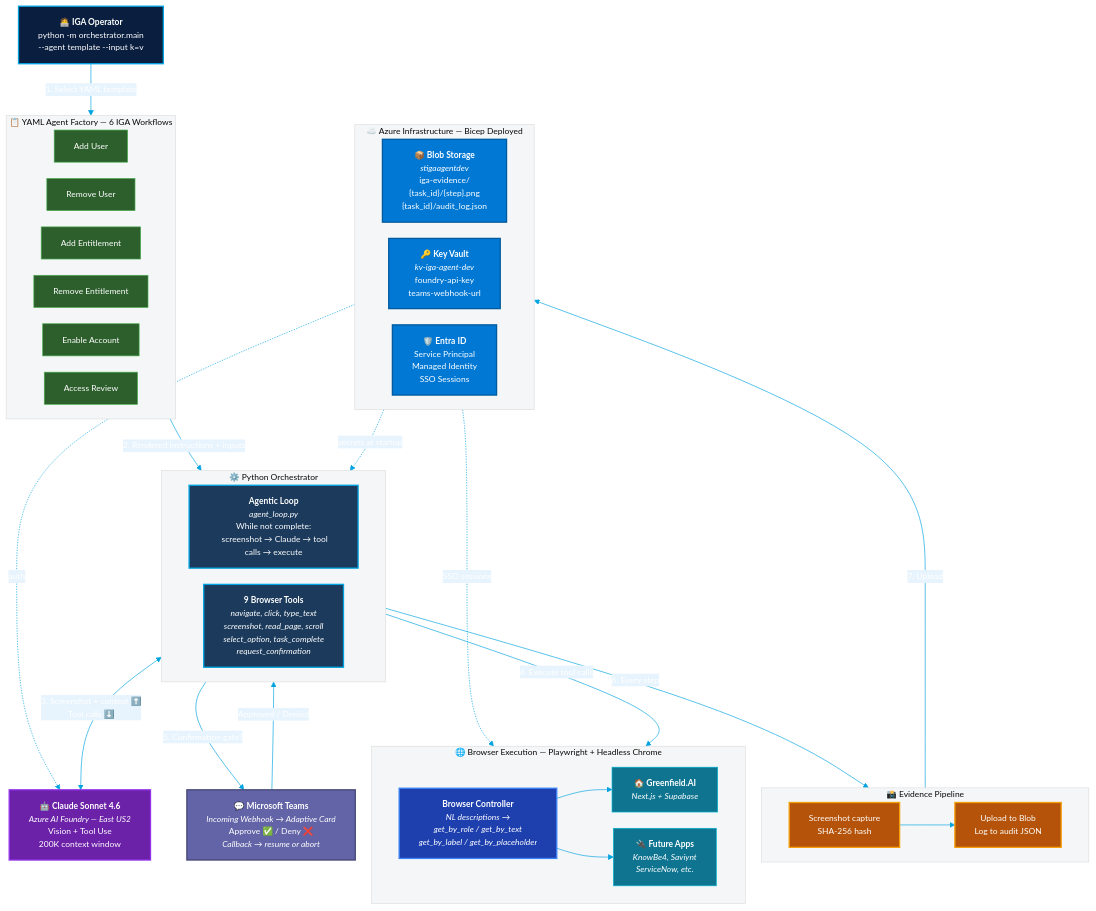
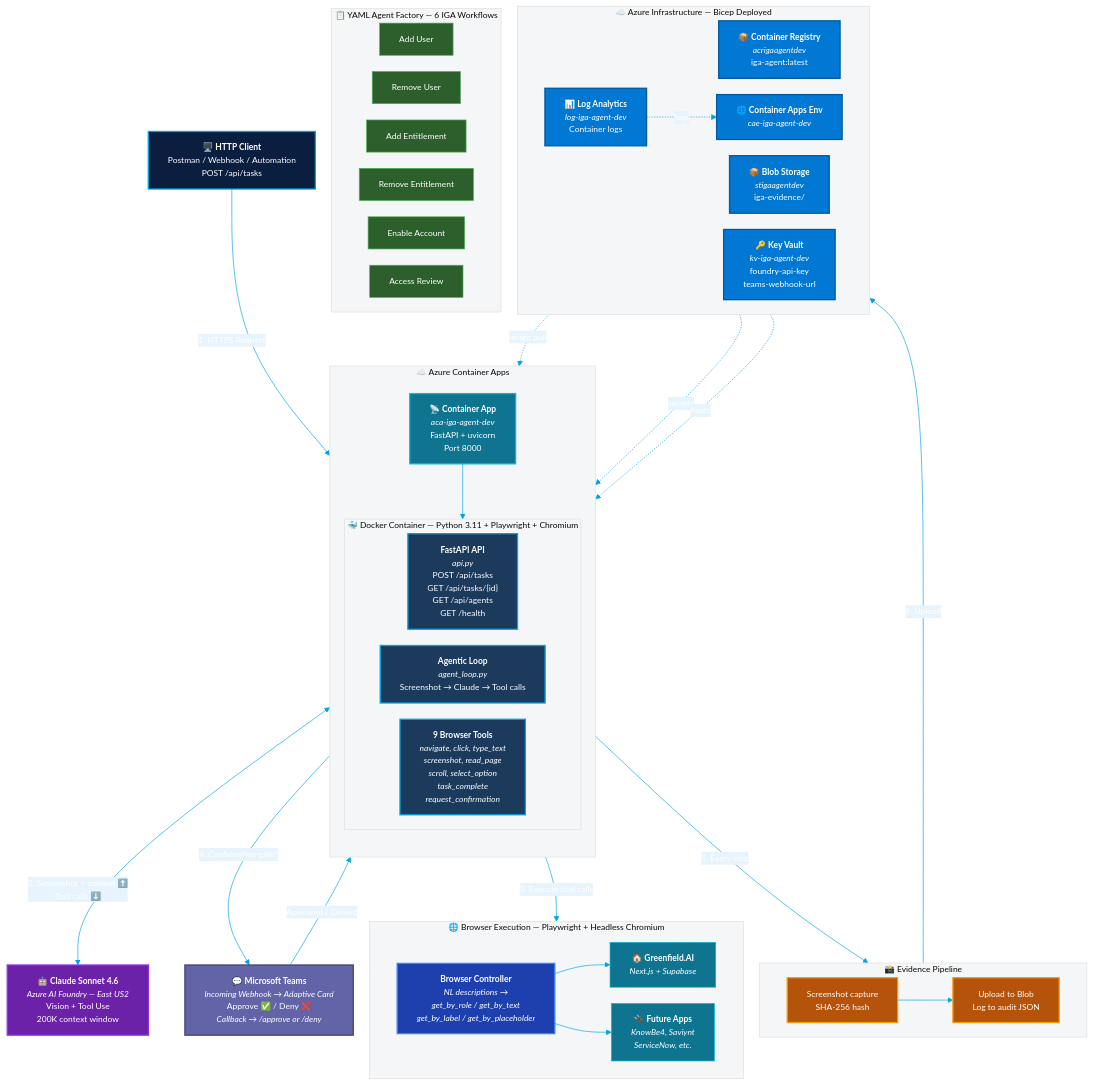
Before and after one commit to dcallahan/POC-IAC-AGENTAI: the diagram in docs/architecture.mmd, drawn with Mermaid. The commit also changed 4 other files, not shown here.

Commit message:
feat: add deploy scripts, update README and architecture diagram

```diff
--- a/docs/architecture.mmd
+++ b/docs/architecture.mmd
@@ -1,83 +1,94 @@
 %%{init: {'theme': 'base', 'themeVariables': { 'primaryColor': '#0A1F3F', 'primaryTextColor': '#FFFFFF', 'primaryBorderColor': '#00A3E0', 'lineColor': '#00A3E0', 'secondaryColor': '#E8F4FD', 'tertiaryColor': '#F4F6F8', 'fontFamily': 'Segoe UI, sans-serif', 'fontSize': '13px' }, 'flowchart': { 'nodeSpacing': 25, 'rankSpacing': 60, 'curve': 'basis', 'padding': 15 }}}%%
 
 flowchart TB
-    CLI["🧑‍💻 <b>IGA Operator</b><br/>python -m orchestrator.main<br/>--agent template --input k=v"]
+    CLIENT["🖥️ <b>HTTP Client</b><br/>Postman / Webhook / Automation<br/>POST /api/tasks"]
 
-    CLI -->|"1. Select YAML template"| TEMPLATES
+    CLIENT -->|"1. HTTPS Request"| ACA
+
+    subgraph AZURE_COMPUTE["☁️ Azure Container Apps"]
+        direction TB
+        ACA["📡 <b>Container App</b><br/><i>aca-iga-agent-dev</i><br/>FastAPI + uvicorn<br/>Port 8000"]
+
+        ACA --> API
+
+        subgraph CONTAINER["🐳 Docker Container — Python 3.11 + Playwright + Chromium"]
+            direction LR
+            API["<b>FastAPI API</b><br/><i>api.py</i><br/>POST /api/tasks<br/>GET /api/tasks/{id}<br/>GET /api/agents<br/>GET /health"]
+
+            LOOP["<b>Agentic Loop</b><br/><i>agent_loop.py</i><br/>Screenshot → Claude → Tool calls"]
+            TOOLS["<b>9 Browser Tools</b><br/><i>navigate, click, type_text</i><br/><i>screenshot, read_page</i><br/><i>scroll, select_option</i><br/><i>task_complete</i><br/><i>request_confirmation</i>"]
+        end
+    end
 
     subgraph TEMPLATES["📋 YAML Agent Factory — 6 IGA Workflows"]
         direction LR
         T1["Add User"]
         T2["Remove User"]
         T3["Add Entitlement"]
         T4["Remove Entitlement"]
         T5["Enable Account"]
         T6["Access Review"]
     end
 
-    TEMPLATES -->|"2. Rendered instructions + inputs"| LOOP
-
-    subgraph CORE["⚙️ Python Orchestrator"]
-        direction LR
-        LOOP["<b>Agentic Loop</b><br/><i>agent_loop.py</i><br/>While not complete:<br/>  screenshot → Claude → tool calls → execute"]
-        TOOLS["<b>9 Browser Tools</b><br/><i>navigate, click, type_text</i><br/><i>screenshot, read_page, scroll</i><br/><i>select_option, task_complete</i><br/><i>request_confirmation</i>"]
-    end
-
-    LOOP <-->|"3. Screenshot + context ⬆️<br/>Tool calls ⬇️"| CLAUDE
+    LOOP <-->|"2. Screenshot + context ⬆️<br/>Tool calls ⬇️"| CLAUDE
 
     CLAUDE["🤖 <b>Claude Sonnet 4.6</b><br/><i>Azure AI Foundry — East US2</i><br/>Vision + Tool Use<br/>200K context window"]
 
-    LOOP -->|"4. Execute tool calls"| BROWSER
+    LOOP -->|"3. Execute tool calls"| BROWSER
 
-    subgraph BROWSER["🌐 Browser Execution — Playwright + Headless Chrome"]
+    subgraph BROWSER["🌐 Browser Execution — Playwright + Headless Chromium"]
         direction LR
         CTRL["<b>Browser Controller</b><br/><i>NL descriptions →</i><br/><i>get_by_role / get_by_text</i><br/><i>get_by_label / get_by_placeholder</i>"]
         CTRL --> GF["🏠 <b>Greenfield.AI</b><br/><i>Next.js + Supabase</i>"]
         CTRL --> FUTURE["🔌 <b>Future Apps</b><br/><i>KnowBe4, Saviynt</i><br/><i>ServiceNow, etc.</i>"]
     end
 
-    LOOP -->|"5. Confirmation gate?"| TEAMS
-    TEAMS["💬 <b>Microsoft Teams</b><br/><i>Incoming Webhook → Adaptive Card</i><br/>Approve ✅ / Deny ❌<br/><i>Callback → resume or abort</i>"]
-    TEAMS -->|"Approved / Denied"| LOOP
+    LOOP -->|"4. Confirmation gate?"| TEAMS
+    TEAMS["💬 <b>Microsoft Teams</b><br/><i>Incoming Webhook → Adaptive Card</i><br/>Approve ✅ / Deny ❌<br/><i>Callback → /approve or /deny</i>"]
+    TEAMS -->|"Approved / Denied"| ACA
 
-    LOOP -->|"6. Every step"| EVIDENCE
+    LOOP -->|"5. Every step"| EVIDENCE
 
     subgraph EVIDENCE["📸 Evidence Pipeline"]
         direction LR
         CAPTURE["Screenshot capture<br/>SHA-256 hash"]
         CAPTURE --> UPLOAD["Upload to Blob<br/>Log to audit JSON"]
     end
 
-    EVIDENCE -->|"7. Upload"| BLOB
-
     subgraph INFRA["☁️ Azure Infrastructure — Bicep Deployed"]
         direction LR
-        BLOB["📦 <b>Blob Storage</b><br/><i>stigaagentdev</i><br/>iga-evidence/<br/>  {task_id}/{step}.png<br/>  {task_id}/audit_log.json"]
+        ACR["📦 <b>Container Registry</b><br/><i>acrigaagentdev</i><br/>iga-agent:latest"]
+        BLOB["📦 <b>Blob Storage</b><br/><i>stigaagentdev</i><br/>iga-evidence/"]
         KV["🔑 <b>Key Vault</b><br/><i>kv-iga-agent-dev</i><br/>foundry-api-key<br/>teams-webhook-url"]
-        ENTRA["🛡️ <b>Entra ID</b><br/>Service Principal<br/>Managed Identity<br/>SSO Sessions"]
+        LOG["📊 <b>Log Analytics</b><br/><i>log-iga-agent-dev</i><br/>Container logs"]
+        CAE["🌐 <b>Container Apps Env</b><br/><i>cae-iga-agent-dev</i>"]
     end
 
-    KV -.->|"secrets at startup"| CORE
-    ENTRA -.->|"auth"| CLAUDE
-    ENTRA -.->|"SSO sessions"| BROWSER
+    EVIDENCE -->|"6. Upload"| BLOB
+    ACR -.->|"image pull"| ACA
+    KV -.->|"secrets"| ACA
+    LOG -.->|"logs"| CAE
+    CAE -.->|"hosts"| ACA
 
     %% Styling
-    classDef operator fill:#0A1F3F,stroke:#00A3E0,color:#FFFFFF,stroke-width:2px
+    classDef client fill:#0A1F3F,stroke:#00A3E0,color:#FFFFFF,stroke-width:2px
     classDef template fill:#2D5F2D,stroke:#4CAF50,color:#FFFFFF,stroke-width:1px
     classDef engine fill:#1B3A5C,stroke:#00A3E0,color:#FFFFFF,stroke-width:2px
     classDef ai fill:#6B21A8,stroke:#9333EA,color:#FFFFFF,stroke-width:2px
     classDef browser fill:#1E40AF,stroke:#3B82F6,color:#FFFFFF,stroke-width:2px
     classDef teams fill:#6264A7,stroke:#464775,color:#FFFFFF,stroke-width:2px
     classDef evidence fill:#B45309,stroke:#F59E0B,color:#FFFFFF,stroke-width:2px
     classDef azure fill:#0078D4,stroke:#005A9E,color:#FFFFFF,stroke-width:2px
+    classDef container fill:#0E7490,stroke:#06B6D4,color:#FFFFFF,stroke-width:2px
     classDef target fill:#0E7490,stroke:#06B6D4,color:#FFFFFF,stroke-width:1px
 
-    class CLI operator
+    class CLIENT client
     class T1,T2,T3,T4,T5,T6 template
-    class LOOP,TOOLS engine
+    class LOOP,TOOLS,API engine
     class CLAUDE ai
     class CTRL browser
     class GF,FUTURE target
     class TEAMS teams
     class CAPTURE,UPLOAD evidence
-    class BLOB,KV,ENTRA azure
+    class ACR,BLOB,KV,LOG,CAE azure
+    class ACA container
```
